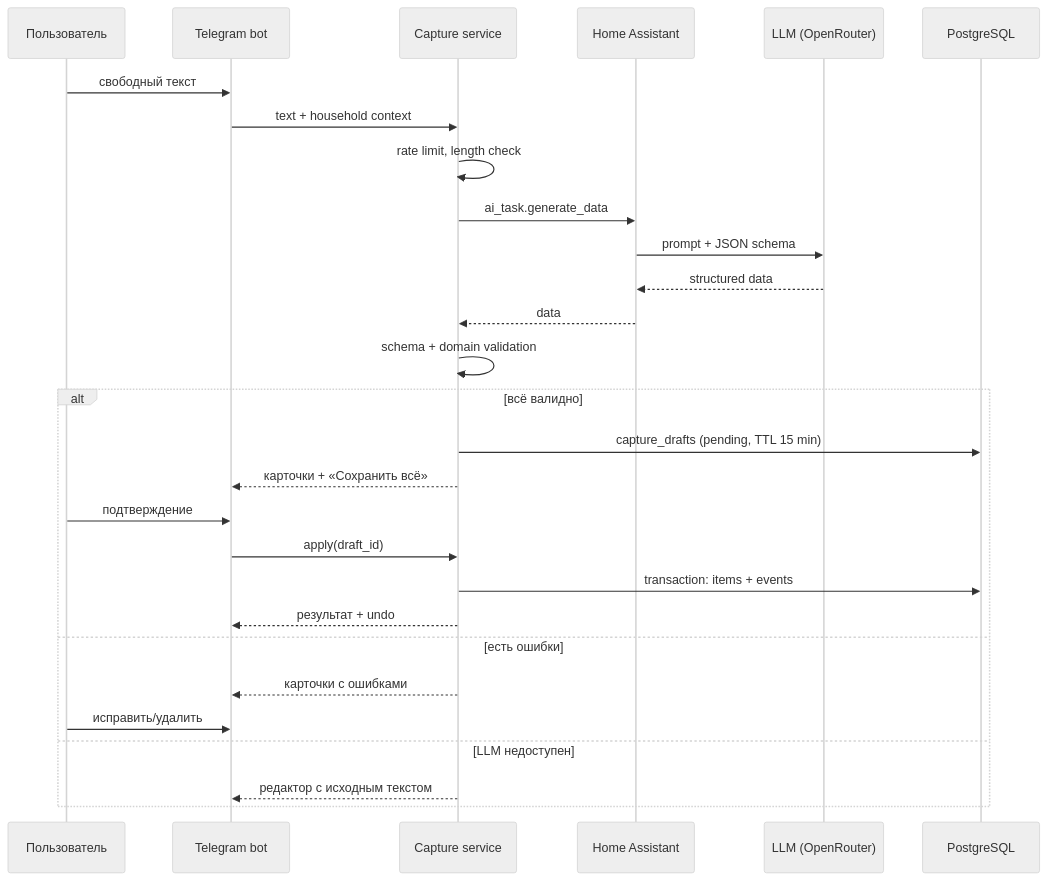
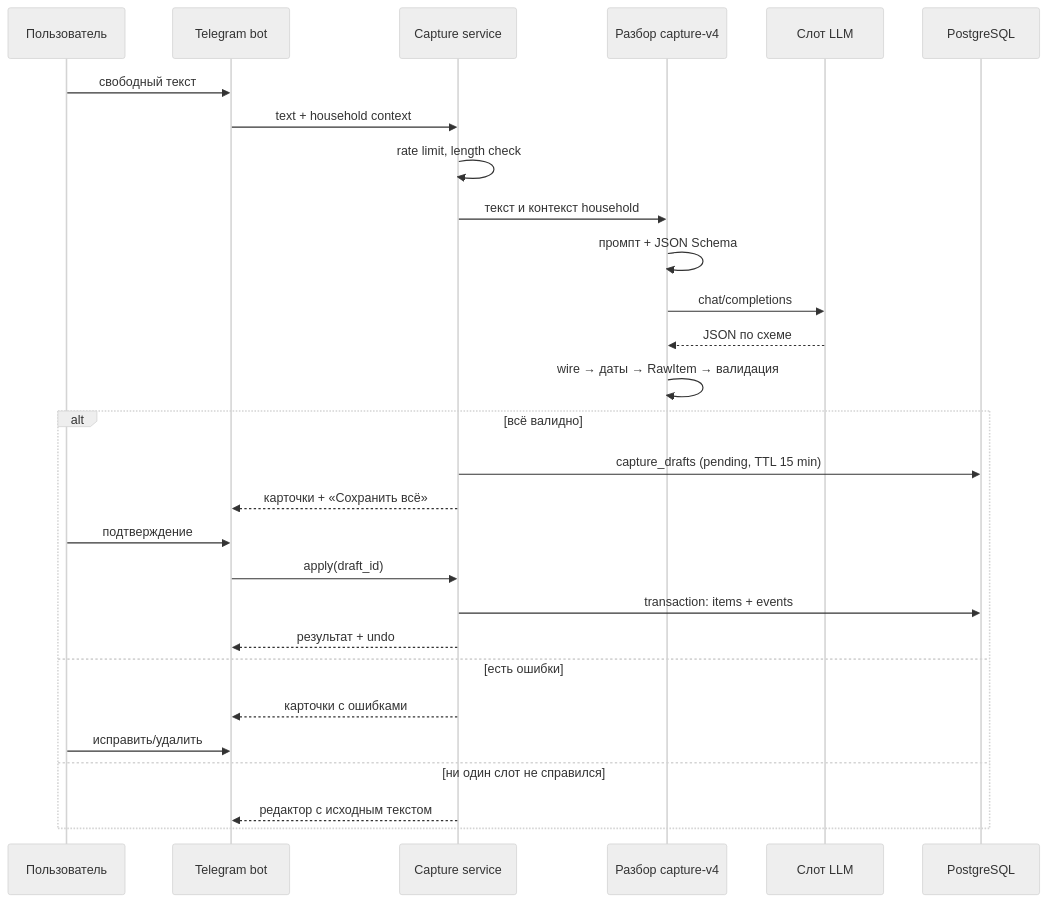
Before and after one commit to StellaLupus/tasklerq: the first of 2 diagrams in docs/llm-capture.md, drawn with Mermaid (neutral theme). The commit also changed other lines of this file and 6 other files, not shown here.

````diff
--- a/docs/llm-capture.md
+++ b/docs/llm-capture.md
@@ -39,31 +45,31 @@
 ```mermaid
 sequenceDiagram
     participant U as Пользователь
     participant B as Telegram bot
     participant C as Capture service
-    participant HA as Home Assistant
-    participant G as LLM (OpenRouter)
+    participant W as Разбор capture-v4
+    participant L as Слот LLM
     participant DB as PostgreSQL
 
     U->>B: свободный текст
     B->>C: text + household context
     C->>C: rate limit, length check
-    C->>HA: ai_task.generate_data
-    HA->>G: prompt + JSON schema
-    G-->>HA: structured data
-    HA-->>C: data
-    C->>C: schema + domain validation
+    C->>W: текст и контекст household
+    W->>W: промпт + JSON Schema
+    W->>L: chat/completions
+    L-->>W: JSON по схеме
+    W->>W: wire → даты → RawItem → валидация
     alt всё валидно
         C->>DB: capture_drafts (pending, TTL 15 min)
         C-->>B: карточки + «Сохранить всё»
         U->>B: подтверждение
         B->>C: apply(draft_id)
         C->>DB: transaction: items + events
         C-->>B: результат + undo
     else есть ошибки
         C-->>B: карточки с ошибками
         U->>B: исправить/удалить
-    else LLM недоступен
+    else ни один слот не справился
         C-->>B: редактор с исходным текстом
     end
 ```
````
